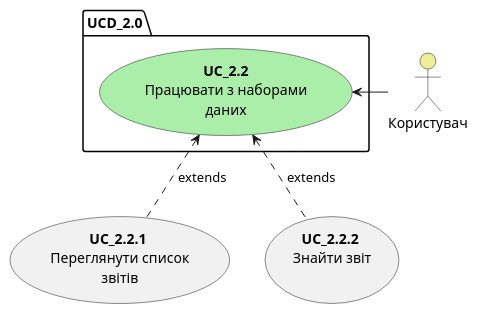
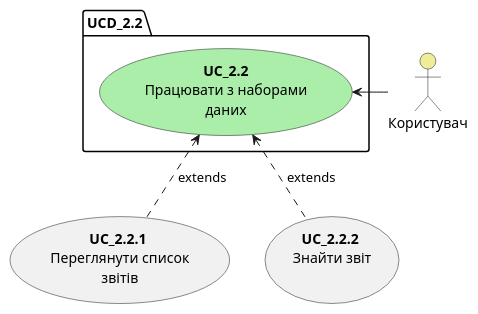
One commit to boldak/database_basics_template changed the diagram in src/uml/UCD_2.2.puml. Above: the diagram before and after it, drawn with PlantUML.

```diff
--- a/src/uml/UCD_2.2.puml
+++ b/src/uml/UCD_2.2.puml
@@ -1,16 +1,16 @@
 @startuml
-package UCD_2.0 {
+package UCD_2.2 {
         usecase "<b>UC_2.2</b>\nПрацювати з наборами\nданих" as UC_2.2 #aaeeaa
     }
 
     actor "Користувач" as User #eeee99
     
     usecase "<b>UC_2.2.1</b> \nПереглянути список\nзвітів" as UC_2.2.1
     usecase "<b>UC_2.2.2</b> \nЗнайти звіт\n" as UC_2.2.2
 
 
     User -l-> UC_2.2
     
     UC_2.2.1 .u.> UC_2.2: extends
     UC_2.2.2 .u.> UC_2.2: extends
 @enduml
```
